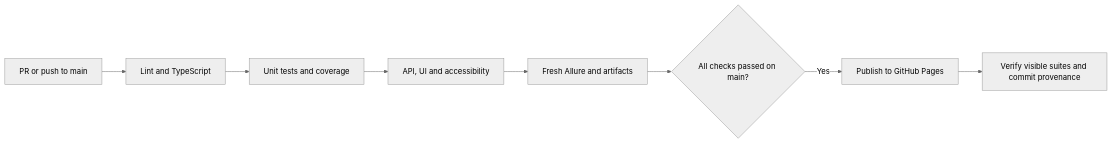
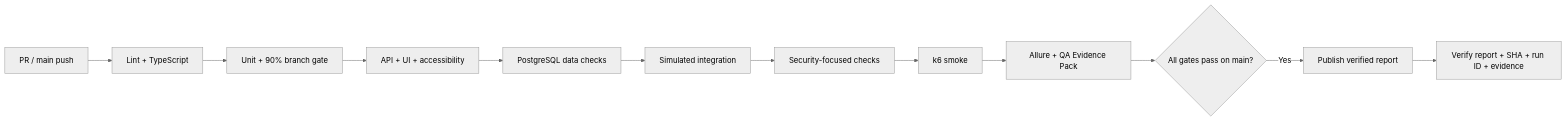
One commit to imalisani/qa-agents-demo changed the third of 3 diagrams in README.md. Above: the diagram before and after it, drawn with Mermaid (neutral theme). The commit also changed other lines of this file and 14 other files, not shown here.

````diff
--- a/README.md
+++ b/README.md
@@ -122,10 +174,14 @@
 ```mermaid
 flowchart LR
-    Change[PR or push to main] --> Checks[Lint and TypeScript]
-    Checks --> Unit[Unit tests and coverage]
-    Unit --> Tests[API, UI and accessibility]
-    Tests --> Evidence[Fresh Allure and artifacts]
-    Evidence --> Gate{All checks passed on main?}
-    Gate -- Yes --> Pages[Publish to GitHub Pages]
-    Pages --> Smoke[Verify visible suites and commit provenance]
+    CHANGE[PR / main push] --> STATIC[Lint + TypeScript]
+    STATIC --> UNIT[Unit + 90% branch gate]
+    UNIT --> FUNCTIONAL[API + UI + accessibility]
+    FUNCTIONAL --> DATA[PostgreSQL data checks]
+    DATA --> INTEGRATION[Simulated integration]
+    INTEGRATION --> SECURITY[Security-focused checks]
+    SECURITY --> PERF[k6 smoke]
+    PERF --> PACK[Allure + QA Evidence Pack]
+    PACK --> GATE{All gates pass on main?}
+    GATE -- Yes --> PAGES[Publish verified report]
+    PAGES --> SMOKE[Verify report + SHA + run ID + evidence]
 ```
````
